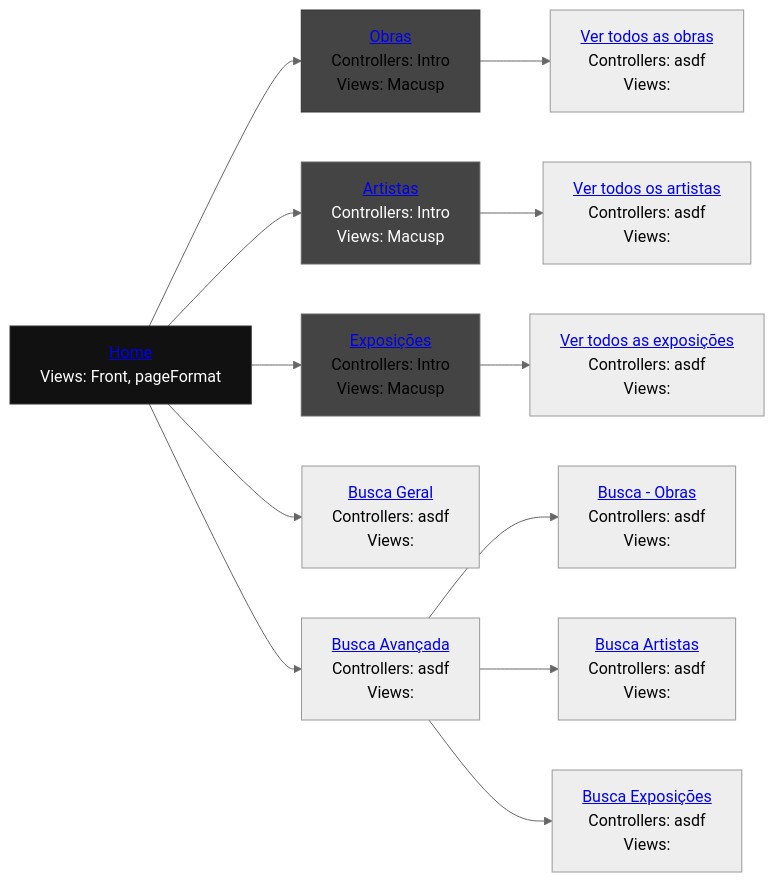
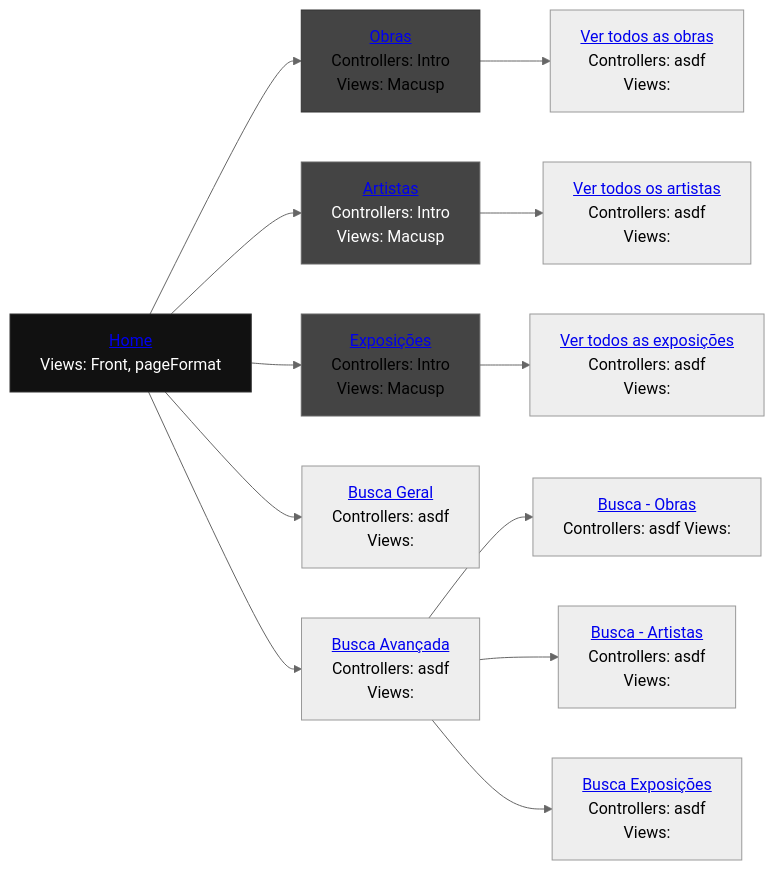
One commit to reynaldocv/macusp changed the diagram in README.md. Above: the diagram before and after it, drawn with Mermaid (neutral theme).

````diff
--- a/README.md
+++ b/README.md
@@ -245,36 +245,36 @@
 ```mermaid
 graph LR
     %% Parte superior e inferior del primer puesto
     home["           <a href='http://143.107.130.173/admacervo/macusp/index.php'> Home </a> <br> Views: Front, pageFormat"]
     works["          <a href='http://143.107.130.173/admacervo/macusp/index.php/Intro/works'>Obras</a>      <br> Controllers: Intro <br> Views: Macusp"]
     artists["        <a href='http://143.107.130.173/admacervo/macusp/index.php/Intro/artists'>Artistas</a>  <br> Controllers: Intro <br> Views: Macusp"]
     exhibitions["    <a href='http://143.107.130.173/admacervo/macusp/index.php/Intro/exhibitions'>Exposições</a> <br> Controllers: Intro <br> Views: Macusp"]
     search["         <a href='https://link.com'> Busca Geral </a> <br>  Controllers: asdf <br>  Views: "]
     advancedSearch[" <a href='https://link.com'> Busca Avançada</a> <br>  Controllers: </strong> asdf <br>  Views: "]
     viewWorks[" <a href='https://link.com'> Ver todos as obras</a> <br>  Controllers: </strong> asdf <br>  Views: "]
     viewArtists[" <a href='https://link.com'> Ver todos os artistas</a> <br>  Controllers: </strong> asdf <br>  Views: "]
     viewExhibitions[" <a href='https://link.com'> Ver todos as exposições</a> <br>  Controllers: </strong> asdf <br>  Views: "]
-    asWorks["<a href='http://143.107.130.173/admacervo/macusp/index.php/Scan/advanced/works'> Busca - Obras</a> <br>  Controllers: </strong> asdf <br>  Views: "]
-    asArtists["<a href='http://143.107.130.173/admacervo/macusp/index.php/Scan/advanced/artists'> Busca Artistas</a> <br>  Controllers: </strong> asdf <br>  Views: "]
-    asExhibitions["<a href='http://143.107.130.173/admacervo/macusp/index.php/Scan/advanced/exhibitions'> Busca Exposições </a> <br>  Controllers: </strong> asdf <br>  Views: "]
+    asWorks["<a href='http://143.107.130.173/admacervo/macusp/index.php/Scan/advanced/works'> Busca - Obras</a> <br>  Controllers: asdf Views: "]
+    asArtists["<a href='http://143.107.130.173/admacervo/macusp/index.php/Scan/advanced/artists'> Busca - Artistas</a> <br>  Controllers: asdf <br> Views: "]
+    asExhibitions["<a href='http://143.107.130.173/admacervo/macusp/index.php/Scan/advanced/exhibitions'> Busca Exposições </a> <br> Controllers:  asdf <br>  Views: "]
     
     %% Conexión del organigrama (une la parte inferior de uno con la superior del otro)
     home --> works
     home --> artists
     home --> exhibitions
     home --> search
     home --> advancedSearch
     works --> viewWorks
     artists --> viewArtists    
     exhibitions --> viewExhibitions
     advancedSearch --> asWorks
     advancedSearch --> asArtists
     advancedSearch --> asExhibitions
 
 
     %% Estilos para que parezcan una sola pieza
     style home fill:#111,stroke:#333,color:#fff
     style works fill:#444,stroke:#333
     style artists fill:#444,stroke:#666,color:#fff
     style exhibitions fill:#444,stroke:#666
 ```
````
